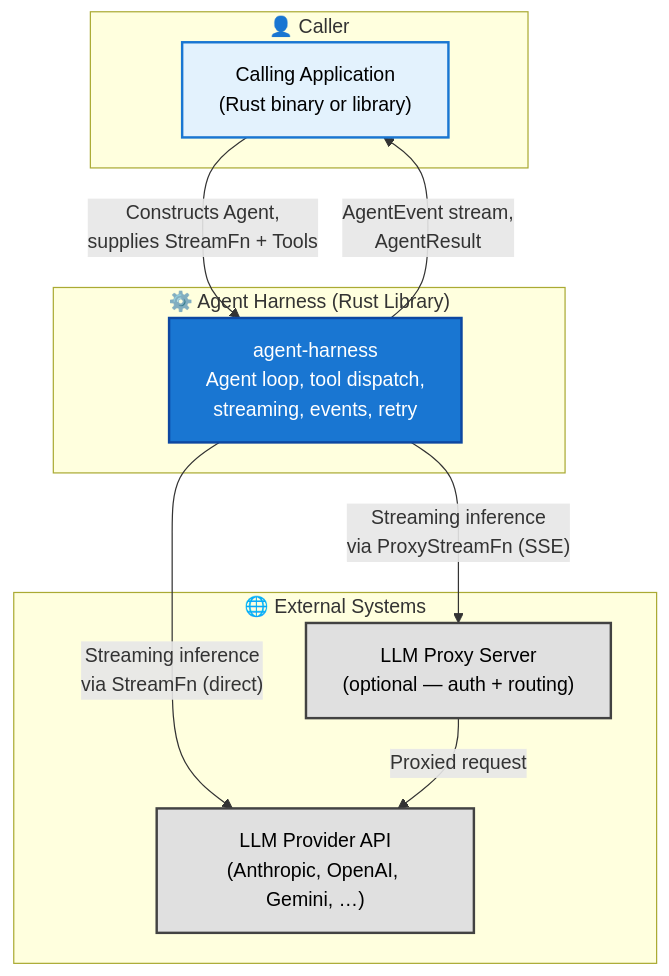
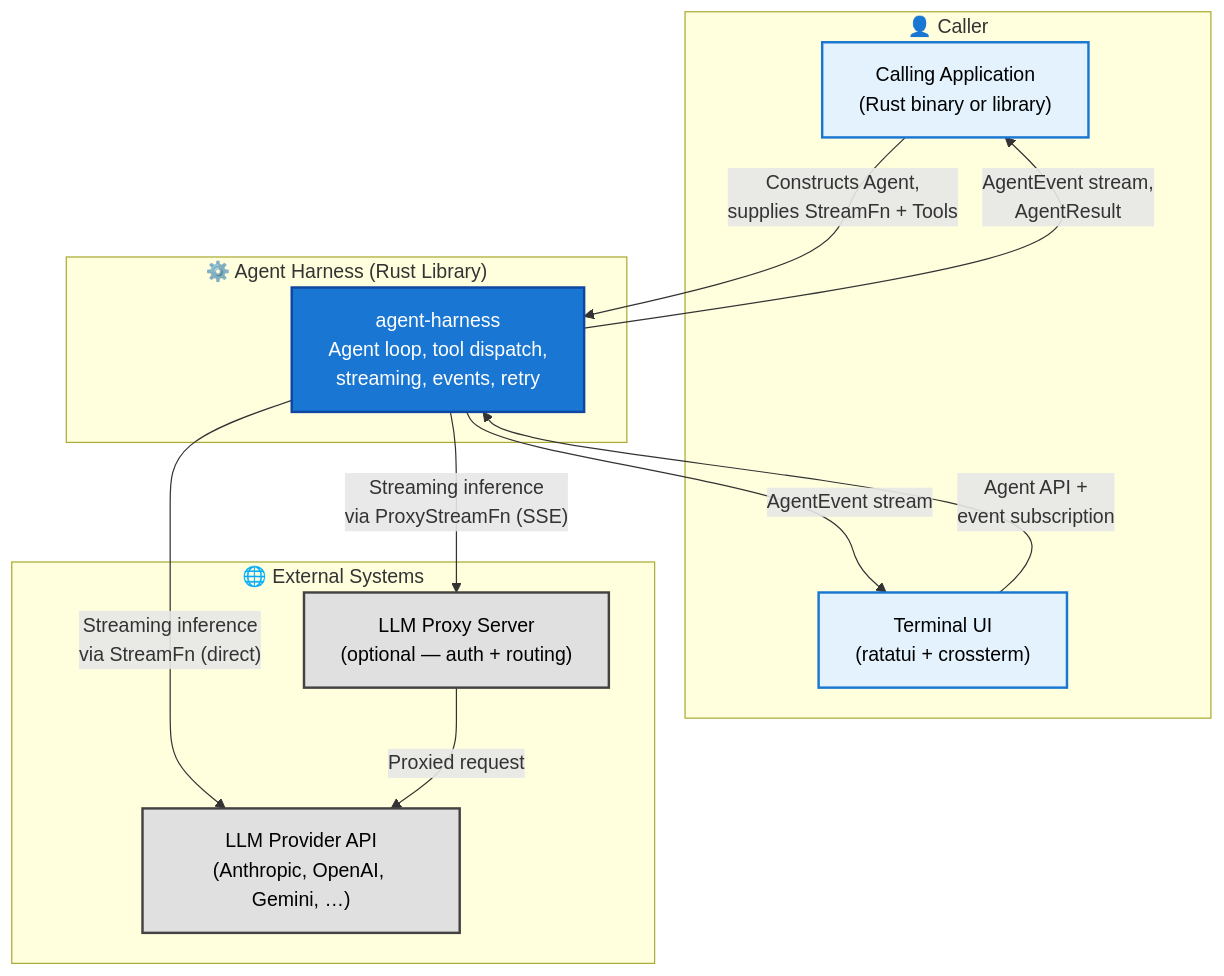
Before and after one commit to SuperSwinkAI/Swink-Agent: the first of 5 diagrams in docs/architecture/HLD.md, drawn with Mermaid. The commit also changed other lines of this file and 12 other files, not shown here.

````diff
--- a/docs/architecture/HLD.md
+++ b/docs/architecture/HLD.md
@@ -18,29 +18,32 @@
 ```mermaid
 flowchart TB
     subgraph CallerLayer["👤 Caller"]
         App["Calling Application<br/>(Rust binary or library)"]
+        TUI["Terminal UI<br/>(ratatui + crossterm)"]
     end
 
     subgraph HarnessSystem["⚙️ Agent Harness (Rust Library)"]
         Harness["agent-harness<br/>Agent loop, tool dispatch,<br/>streaming, events, retry"]
     end
 
     subgraph ExternalSystems["🌐 External Systems"]
         LLMProvider["LLM Provider API<br/>(Anthropic, OpenAI, Gemini, …)"]
         ProxyServer["LLM Proxy Server<br/>(optional — auth + routing)"]
     end
 
     App -->|"Constructs Agent,<br/>supplies StreamFn + Tools"| Harness
     Harness -->|"AgentEvent stream,<br/>AgentResult"| App
+    TUI -->|"Agent API +<br/>event subscription"| Harness
+    Harness -->|"AgentEvent stream"| TUI
     Harness -->|"Streaming inference<br/>via StreamFn (direct)"| LLMProvider
     Harness -->|"Streaming inference<br/>via ProxyStreamFn (SSE)"| ProxyServer
     ProxyServer -->|"Proxied request"| LLMProvider
 
     classDef callerStyle fill:#e3f2fd,stroke:#1976d2,stroke-width:2px,color:#000
     classDef harnessStyle fill:#1976d2,stroke:#0d47a1,stroke-width:2px,color:#fff
     classDef externalStyle fill:#e0e0e0,stroke:#424242,stroke-width:2px,color:#000
 
-    class App callerStyle
+    class App,TUI callerStyle
     class Harness harnessStyle
     class LLMProvider,ProxyServer externalStyle
 ```
````
